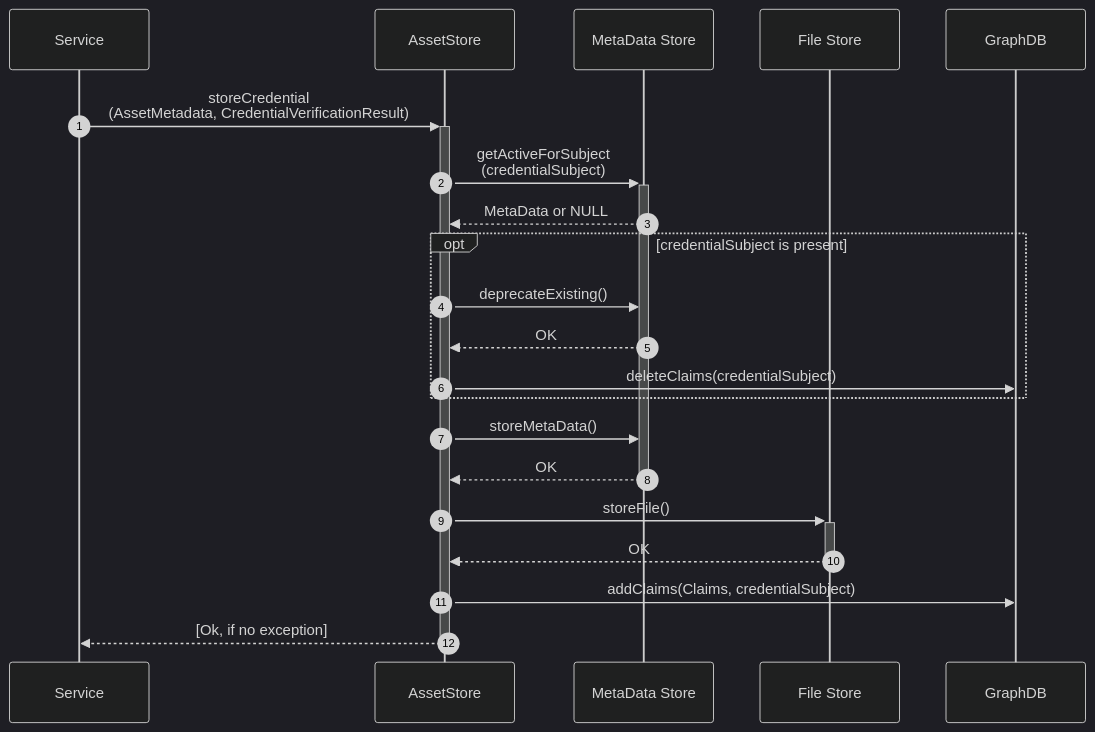
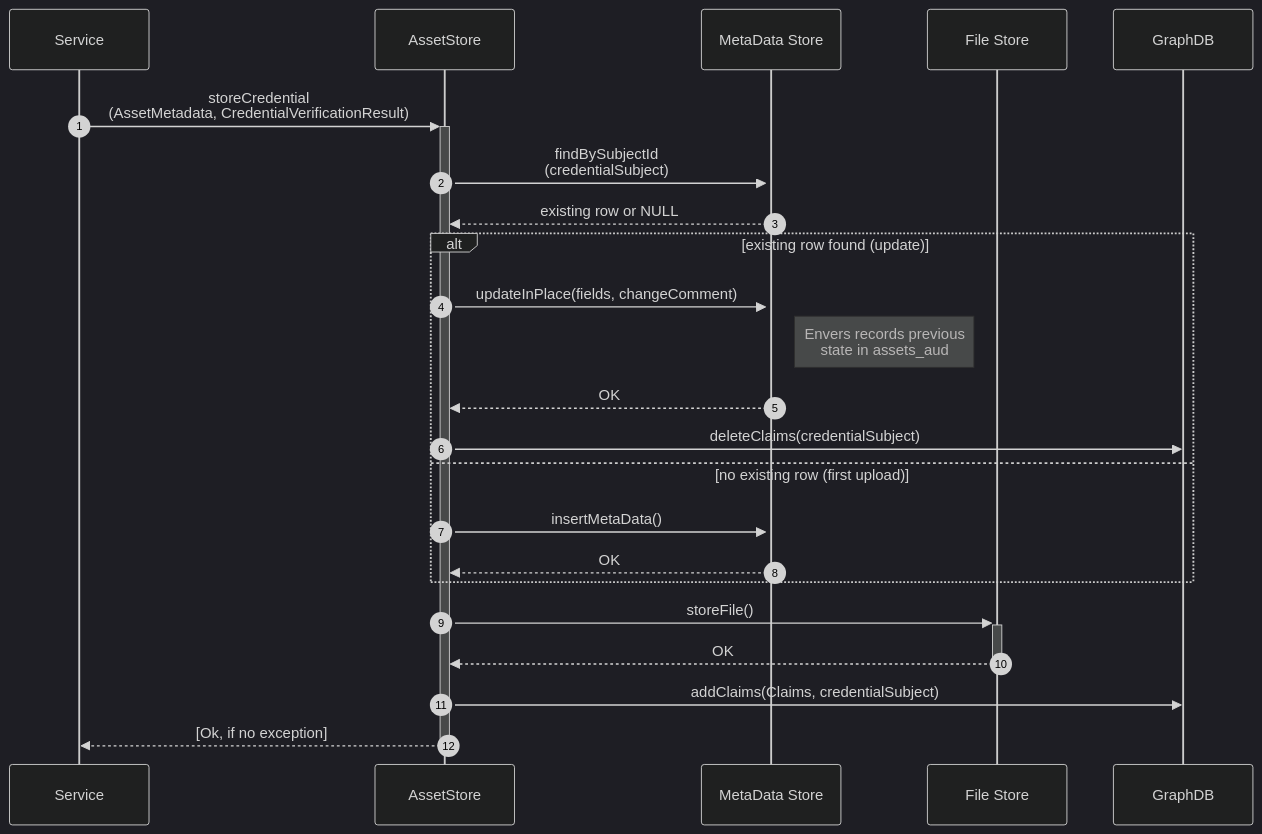
Before and after one commit to federated-catalogue-enhancements-2026/docs: diagram 35 of 39 in federated-catalogue/src/docs/architecture/chapters/06_runtime_view.adoc, drawn with Mermaid (dark theme). The commit also changed other lines of this file and 1 other file, not shown here.

First line of the commit message:
docs: update architecture docs for asset versioning (CAT-FR-LM-01)

```diff
--- a/federated-catalogue/src/docs/architecture/chapters/06_runtime_view.adoc
+++ b/federated-catalogue/src/docs/architecture/chapters/06_runtime_view.adoc
@@ -1035,23 +1115,25 @@
 [mermaid, width=2000]
 ....
 sequenceDiagram
     autonumber
     participant Service
     participant AssetStore as AssetStore
     participant MetaData as MetaData Store
     participant FileStore as File Store
         Service ->> + AssetStore: storeCredential<br>(AssetMetadata, CredentialVerificationResult)
-        AssetStore ->> + MetaData:getActiveForSubject<br>(credentialSubject)
-        MetaData -->> AssetStore:MetaData or NULL
-        opt credentialSubject is present
-            AssetStore ->> MetaData:deprecateExisting()
+        AssetStore ->> + MetaData:findBySubjectId<br>(credentialSubject)
+        MetaData -->> AssetStore:existing row or NULL
+        alt existing row found (update)
+            AssetStore ->> MetaData:updateInPlace(fields, changeComment)
+            Note right of MetaData: Envers records previous<br/>state in assets_aud
             MetaData -->> AssetStore:OK
             AssetStore ->> GraphDB:deleteClaims(credentialSubject)
+        else no existing row (first upload)
+            AssetStore ->> MetaData:insertMetaData()
+            MetaData -->> AssetStore:OK
         end
-        AssetStore ->> MetaData:storeMetaData()
-        MetaData -->> - AssetStore:OK
         AssetStore ->> + FileStore:storeFile()
         FileStore -->> - AssetStore:OK
         AssetStore ->> GraphDB:addClaims(Claims, credentialSubject)
         AssetStore -->> - Service: [Ok, if no exception]
 ....
```
